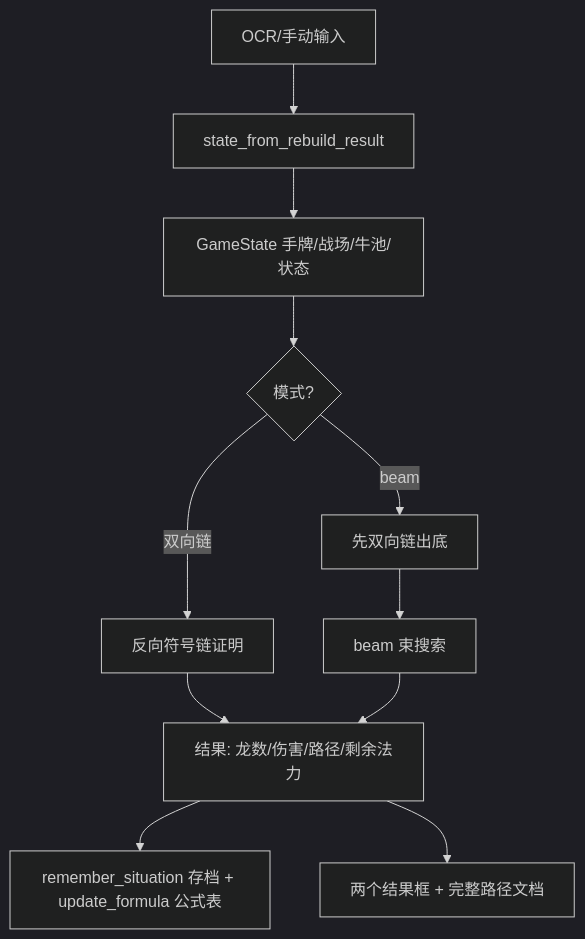
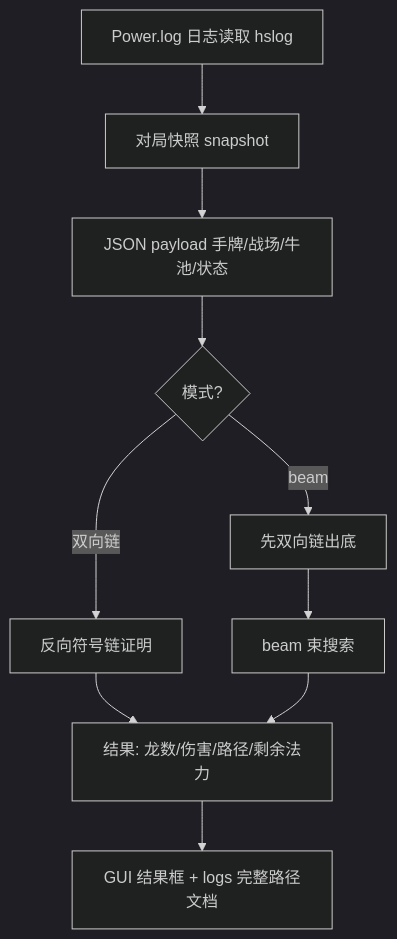
Before and after one commit to zcr0701/Red-Dragon-Calculator-Release: the diagram in 说明/计算流程.md, drawn with Mermaid (dark theme). The commit also changed other lines of this file and 21 other files, not shown here.

First line of the commit message:
精简架构：C++ 纯计算 + Python GUI/hslog 日志读取

````diff
--- a/说明/计算流程.md
+++ b/说明/计算流程.md
@@ -30,13 +29,12 @@
 ```mermaid
 flowchart TD
-    A[OCR/手动输入] --> B[state_from_rebuild_result]
-    B --> C[GameState 手牌/战场/牛池/状态]
+    A[Power.log 日志读取 hslog] --> B[对局快照 snapshot]
+    B --> C[JSON payload 手牌/战场/牛池/状态]
     C --> D{模式?}
     D -- beam --> E[先双向链出底]
     D -- 双向链 --> F[反向符号链证明]
     E --> G[beam 束搜索]
     F --> H[结果: 龙数/伤害/路径/剩余法力]
     G --> H
-    H --> I[remember_situation 存档 + update_formula 公式表]
-    H --> J[两个结果框 + 完整路径文档]
+    H --> J[GUI 结果框 + logs 完整路径文档]
 ```
````
